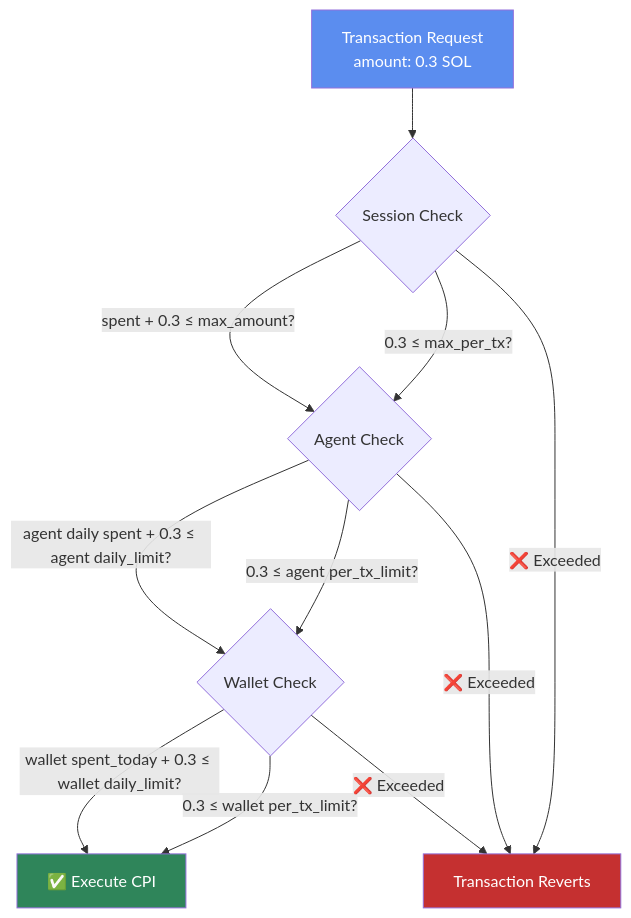
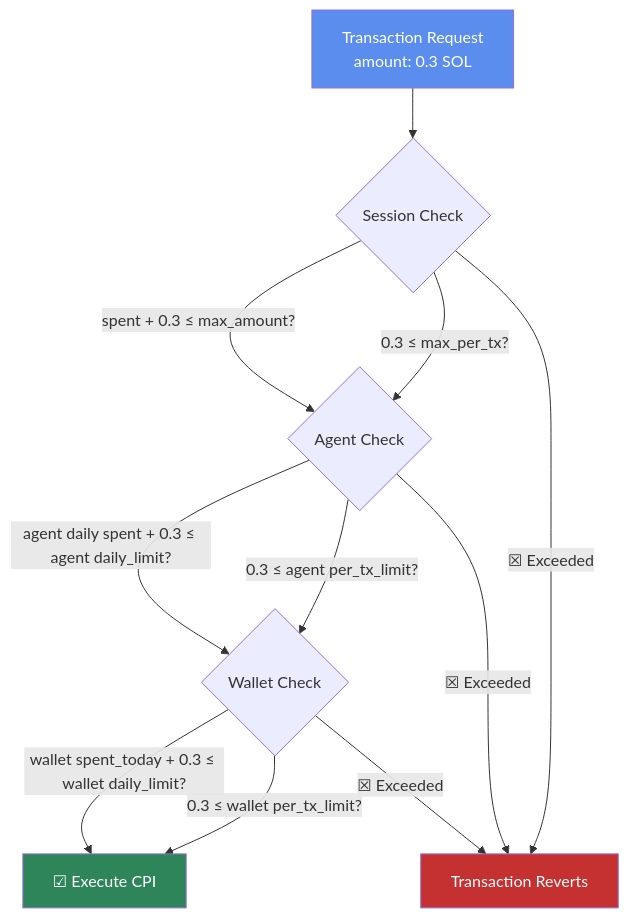
One commit to Immadominion/sentinel changed the first of 2 diagrams in docs/concepts/security-model.md. Above: the diagram before and after it, drawn with Mermaid. The commit also changed other lines of this file and 14 other files, not shown here.

````diff
--- a/docs/concepts/security-model.md
+++ b/docs/concepts/security-model.md
@@ -29,17 +29,17 @@
 ```mermaid
 graph TD
     TX[Transaction Request<br/>amount: 0.3 SOL] --> S{Session Check}
     S -->|spent + 0.3 ≤ max_amount?| A{Agent Check}
     S -->|0.3 ≤ max_per_tx?| A
     A -->|agent daily spent + 0.3 ≤ agent daily_limit?| W{Wallet Check}
     A -->|0.3 ≤ agent per_tx_limit?| W
-    W -->|wallet spent_today + 0.3 ≤ wallet daily_limit?| CPI[✅ Execute CPI]
+    W -->|wallet spent_today + 0.3 ≤ wallet daily_limit?| CPI[☑ Execute CPI]
     W -->|0.3 ≤ wallet per_tx_limit?| CPI
-    S -->|❌ Exceeded| FAIL[Transaction Reverts]
-    A -->|❌ Exceeded| FAIL
-    W -->|❌ Exceeded| FAIL
+    S -->|☒ Exceeded| FAIL[Transaction Reverts]
+    A -->|☒ Exceeded| FAIL
+    W -->|☒ Exceeded| FAIL
 
     style TX fill:#5b8def,color:#fff
     style CPI fill:#2f855a,color:#fff
     style FAIL fill:#c53030,color:#fff
 ```
````
